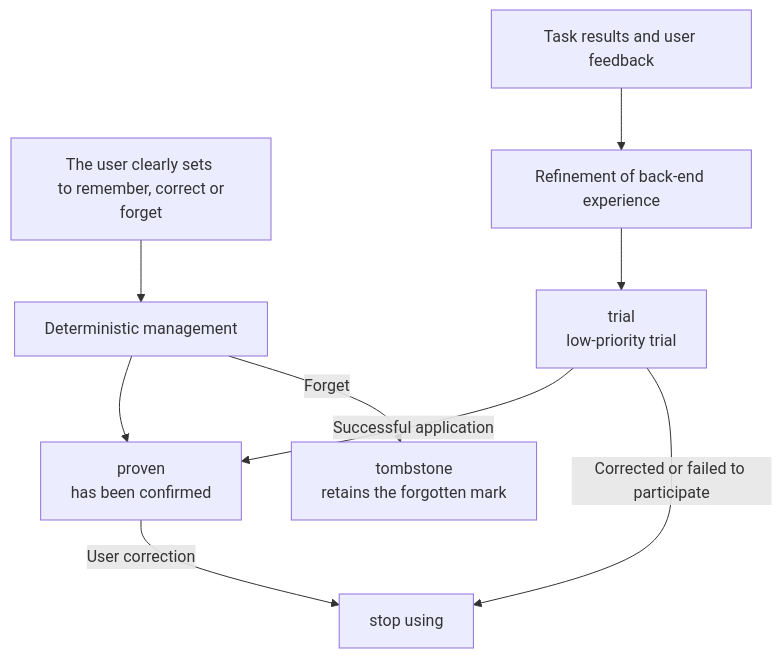
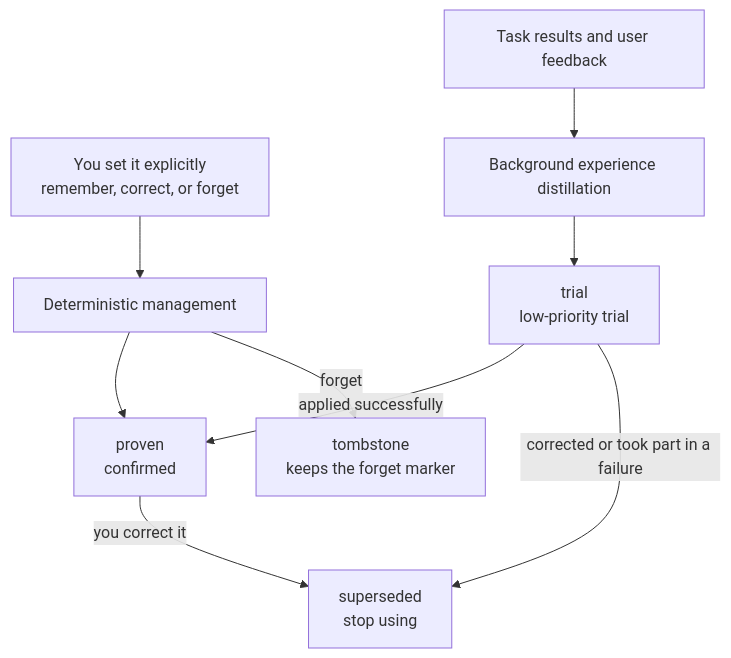
Before and after one commit to rpamis/comet-website-docs: the diagram in en/plugins/personal-memory.mdx, drawn with Mermaid. The commit also changed other lines of this file and 30 other files, not shown here.

````diff
--- a/en/plugins/personal-memory.mdx
+++ b/en/plugins/personal-memory.mdx
@@ -88,11 +88,11 @@
 ```mermaid
 flowchart TD
-  U["The user clearly sets <br/> to remember, correct or forget"] --> D["Deterministic management"]
-  D --> P["proven<br/> has been confirmed"]
-  E["Task results and user feedback"] --> R["Refinement of back-end experience"]
-  R --> T["trial<br/> low-priority trial"]
-  T -->|Successful application| P
-  T -->|Corrected or failed to participate| S["stop using"]
-  P -->|User correction| S
-  D -->|Forget| X["tombstone<br/> retains the forgotten mark"]
+  U["You set it explicitly<br/>remember, correct, or forget"] --> D["Deterministic management"]
+  D --> P["proven<br/>confirmed"]
+  E["Task results and user feedback"] --> R["Background experience distillation"]
+  R --> T["trial<br/>low-priority trial"]
+  T -->|applied successfully| P
+  T -->|corrected or took part in a failure| S["superseded<br/>stop using"]
+  P -->|you correct it| S
+  D -->|forget| X["tombstone<br/>keeps the forget marker"]
 ```
````
